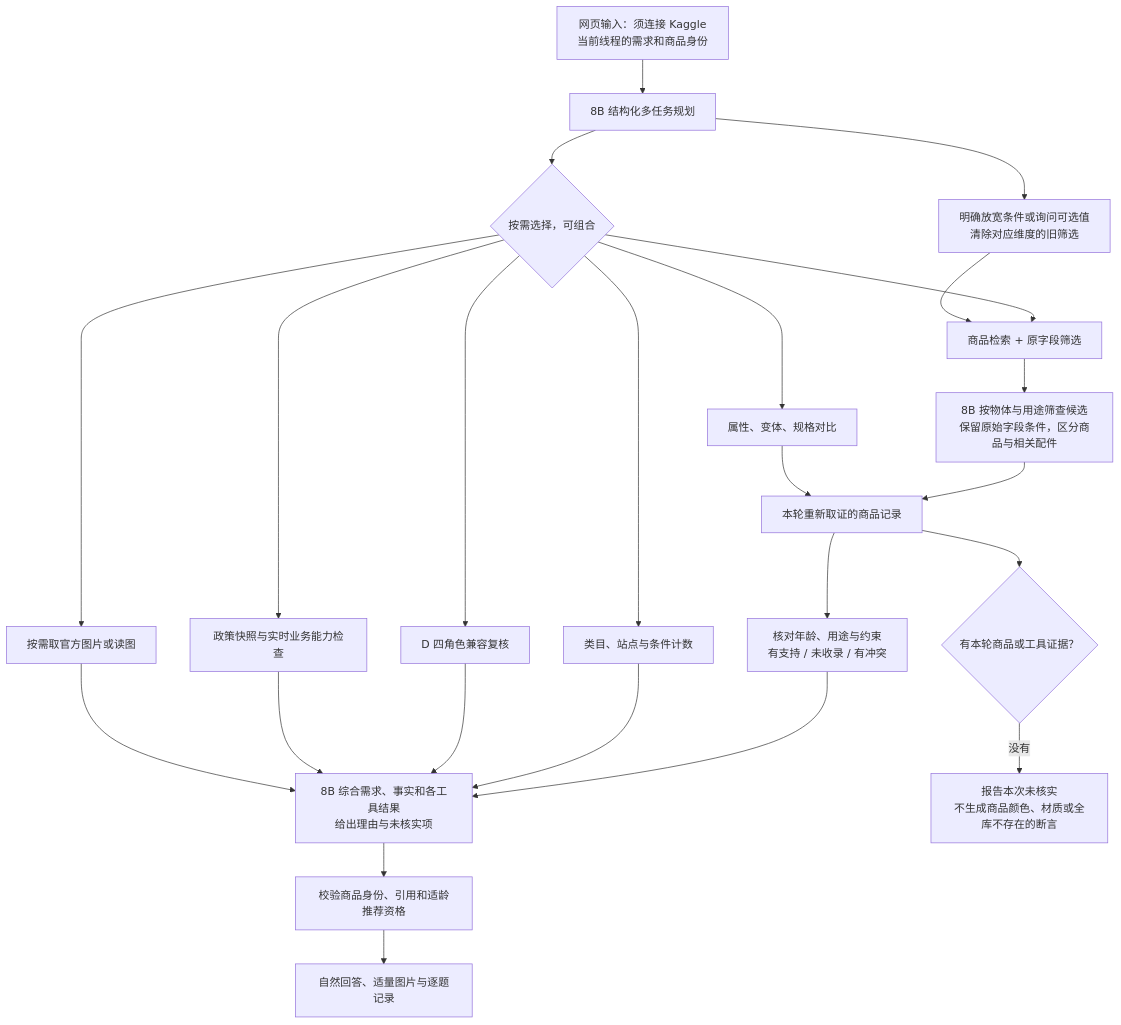
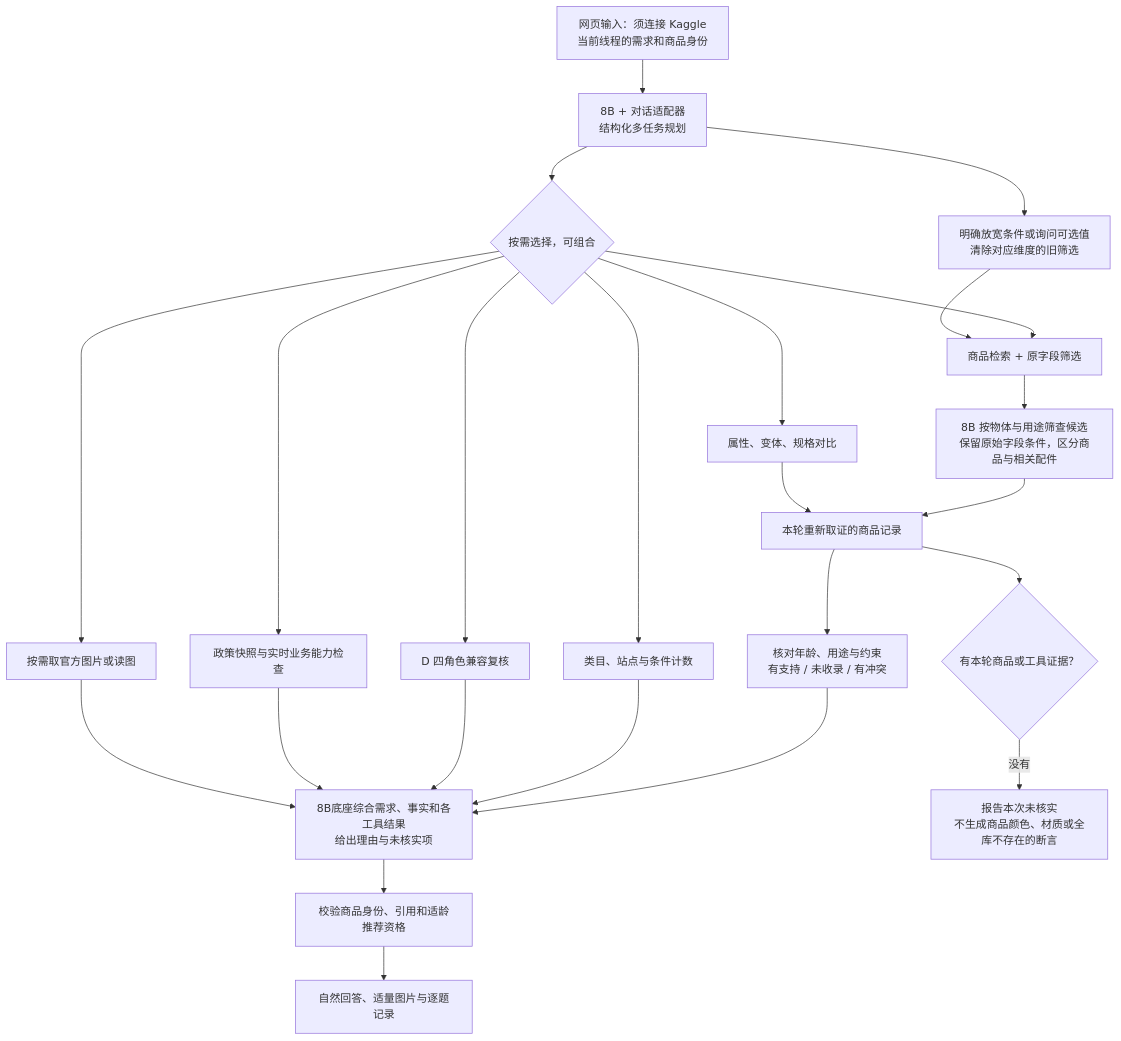
The first of 2 diagrams in docs/多任务对话与恢复.md (AaronYue77/ABO-Adaptive-RAG), drawn with Mermaid before and after one commit. The commit also changed 3 other files, not shown here.

````diff
--- a/docs/多任务对话与恢复.md
+++ b/docs/多任务对话与恢复.md
@@ -5,26 +5,26 @@
 ```mermaid
 flowchart TD
-    input["网页输入：须连接 Kaggle<br/>当前线程的需求和商品身份"] --> plan["8B 结构化多任务规划"]
+    input["网页输入：须连接 Kaggle<br/>当前线程的需求和商品身份"] --> plan["8B + 对话适配器<br/>结构化多任务规划"]
     plan --> tasks{"按需选择，可组合"}
     tasks --> search["商品检索 + 原字段筛选"]
     tasks --> tally["类目、站点与条件计数"]
     tasks --> fields["属性、变体、规格对比"]
     tasks --> roles["D 四角色兼容复核"]
     tasks --> policy["政策快照与实时业务能力检查"]
     tasks --> visual["按需取官方图片或读图"]
     search --> rank["8B 按物体与用途筛查候选<br/>保留原始字段条件，区分商品与相关配件"]
     rank --> evidence["本轮重新取证的商品记录"]
     fields --> evidence
     evidence --> eligibility["核对年龄、用途与约束<br/>有支持 / 未收录 / 有冲突"]
     plan --> release["明确放宽条件或询问可选值<br/>清除对应维度的旧筛选"]
     release --> search
-    eligibility --> answer["8B 综合需求、事实和各工具结果<br/>给出理由与未核实项"]
+    eligibility --> answer["8B底座综合需求、事实和各工具结果<br/>给出理由与未核实项"]
     tally --> answer
     roles --> answer
     policy --> answer
     visual --> answer
     answer --> guard["校验商品身份、引用和适龄推荐资格"]
     guard --> logs["自然回答、适量图片与逐题记录"]
     evidence --> missing{"有本轮商品或工具证据？"}
     missing -->|没有| safe["报告本次未核实<br/>不生成商品颜色、材质或全库不存在的断言"]
 ```
````
